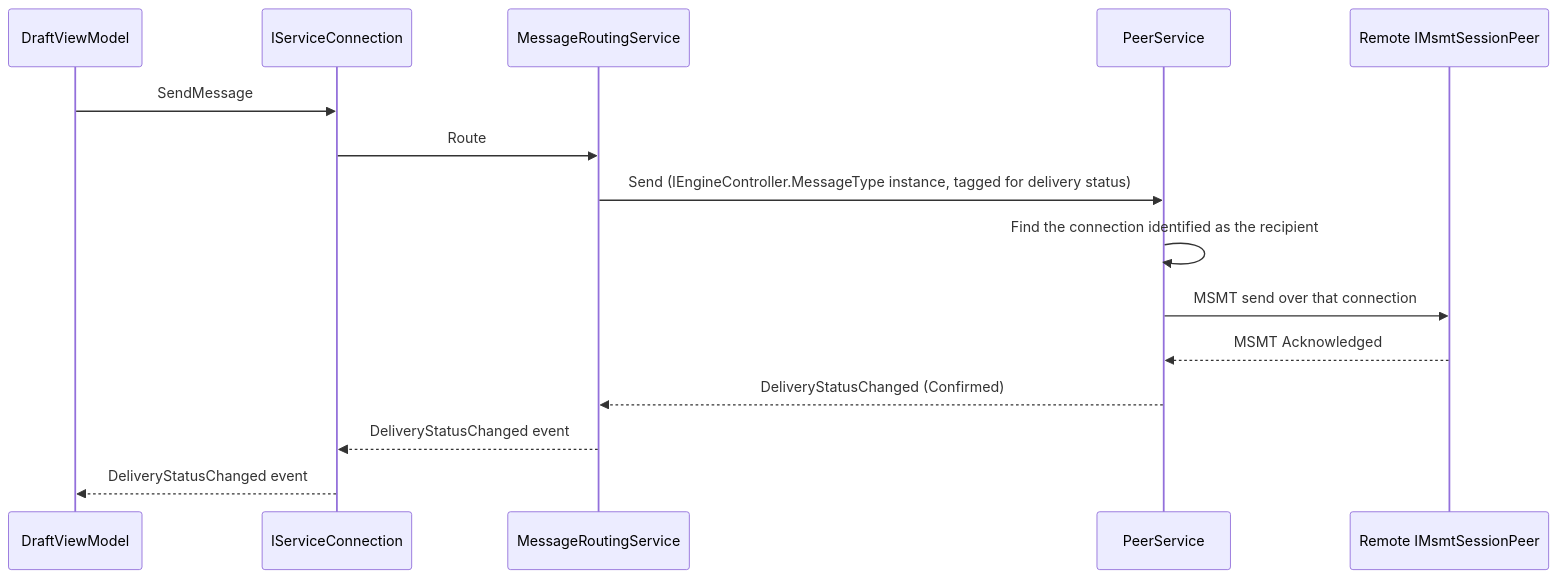
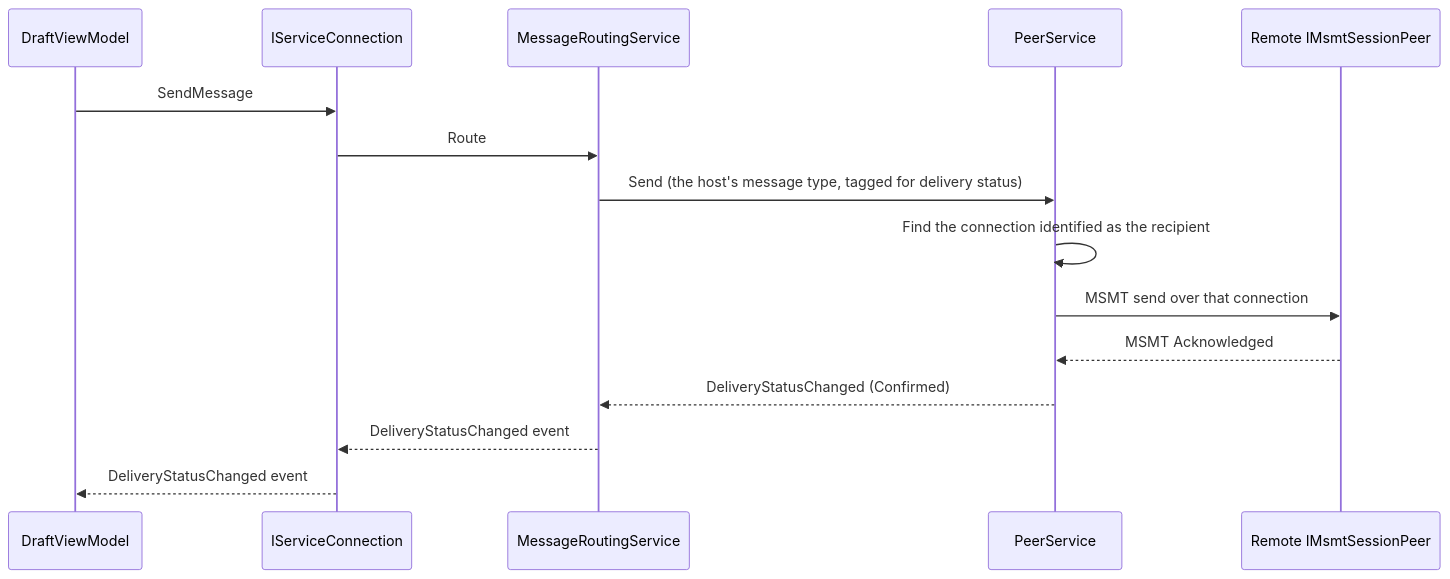
One commit to Blue-Heighliner/Comlink changed the second of 5 diagrams in Docs/Architecture.md. Above: the diagram before and after it, drawn with Mermaid. The commit also changed other lines of this file and 420 other files, not shown here.

````diff
--- a/Docs/Architecture.md
+++ b/Docs/Architecture.md
@@ -63,17 +70,17 @@
 ```mermaid
 sequenceDiagram
     participant DVM as DraftViewModel
     participant SC as IServiceConnection
     participant MRS as MessageRoutingService
     participant PS as PeerService
     participant RP as Remote IMsmtSessionPeer
     DVM->>SC: SendMessage
     SC->>MRS: Route
-    MRS->>PS: Send (IEngineController.MessageType instance, tagged for delivery status)
+    MRS->>PS: Send (the host's message type, tagged for delivery status)
     PS->>PS: Find the connection identified as the recipient
     PS->>RP: MSMT send over that connection
     RP-->>PS: MSMT Acknowledged
     PS-->>MRS: DeliveryStatusChanged (Confirmed)
     MRS-->>SC: DeliveryStatusChanged event
     SC-->>DVM: DeliveryStatusChanged event
 ```
````
